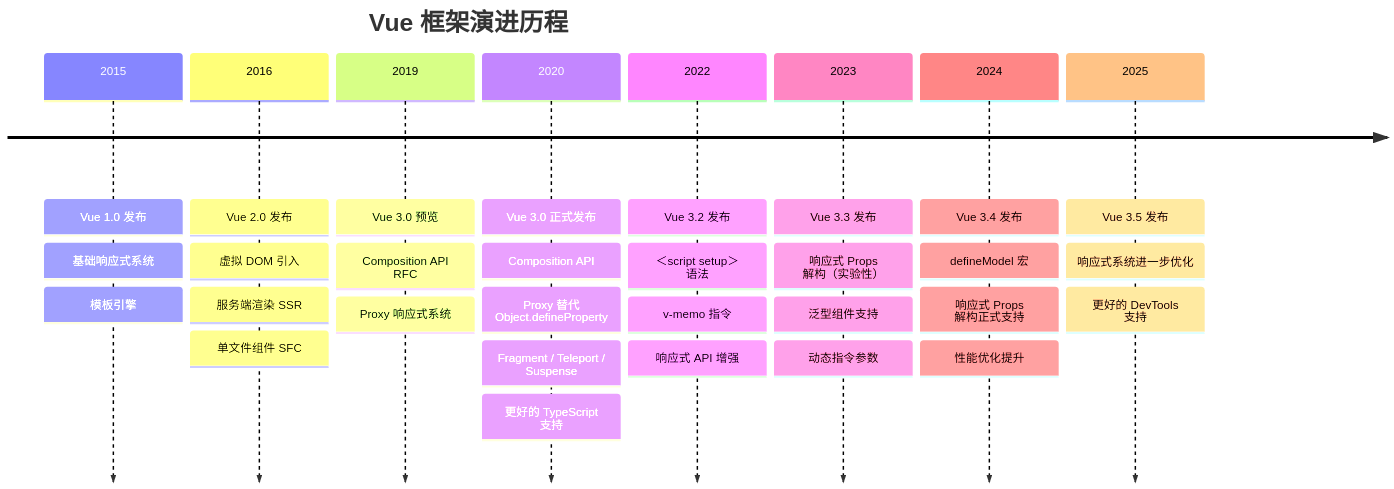
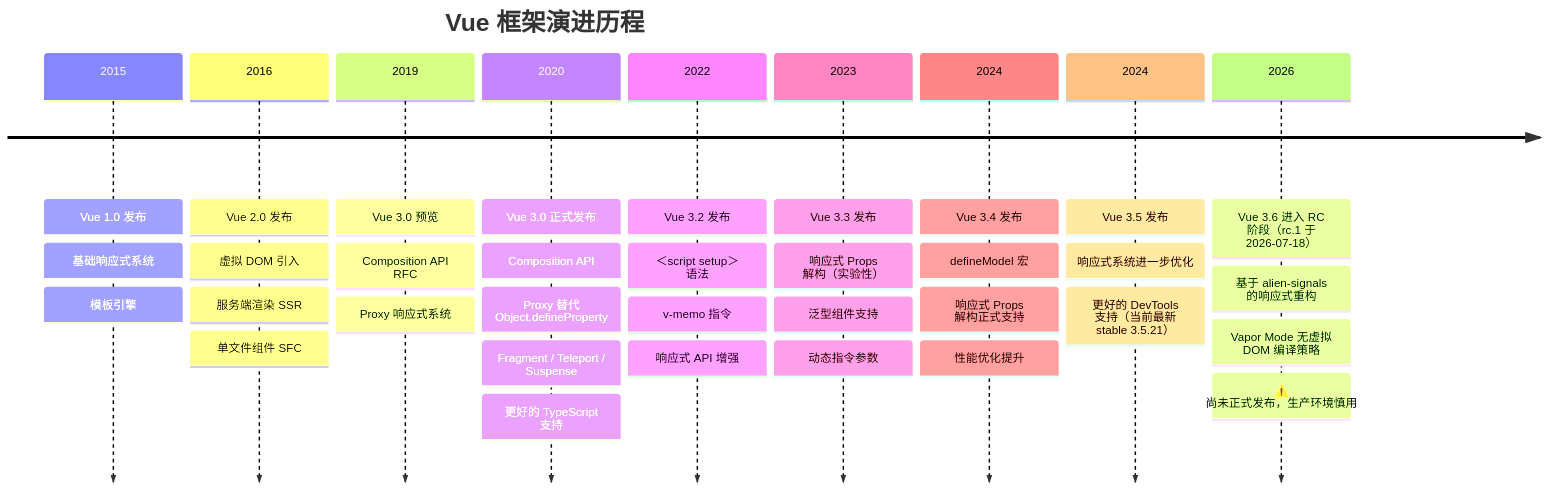
Diagram 42 of 49 in docs/S2-框架深入/01-Vue3.md (KMaybe01/interview-demo), drawn with Mermaid before and after one commit. The commit also changed other lines of this file and 8 other files, not shown here.

````diff
--- a/docs/S2-框架深入/01-Vue3.md
+++ b/docs/S2-框架深入/01-Vue3.md
@@ -2838,34 +2842,38 @@
 ```mermaid
 timeline
     title Vue 框架演进历程
     2015 : Vue 1.0 发布
          : 基础响应式系统
          : 模板引擎
     2016 : Vue 2.0 发布
          : 虚拟 DOM 引入
          : 服务端渲染 SSR
          : 单文件组件 SFC
     2019 : Vue 3.0 预览
          : Composition API RFC
          : Proxy 响应式系统
     2020 : Vue 3.0 正式发布
          : Composition API
          : Proxy 替代 Object.defineProperty
          : Fragment / Teleport / Suspense
          : 更好的 TypeScript 支持
     2022 : Vue 3.2 发布
          : ＜script setup＞ 语法
          : v-memo 指令
          : 响应式 API 增强
     2023 : Vue 3.3 发布
          : 响应式 Props 解构（实验性）
          : 泛型组件支持
          : 动态指令参数
     2024 : Vue 3.4 发布
          : defineModel 宏
          : 响应式 Props 解构正式支持
          : 性能优化提升
-     2025 : Vue 3.5 发布
-          : 响应式系统进一步优化
-          : 更好的 DevTools 支持
+    2024 : Vue 3.5 发布
+         : 响应式系统进一步优化
+         : 更好的 DevTools 支持（当前最新 stable 3.5.21）
+    2026 : Vue 3.6 进入 RC 阶段（rc.1 于 2026-07-18）
+         : 基于 alien-signals 的响应式重构
+         : Vapor Mode 无虚拟 DOM 编译策略
+         : ⚠️ 尚未正式发布，生产环境慎用
 ```
````
